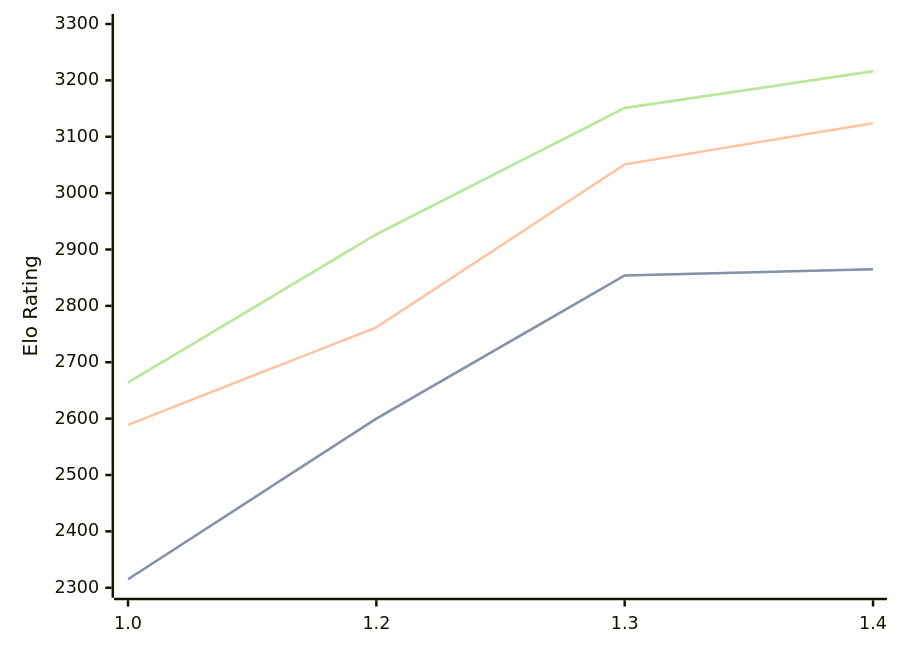
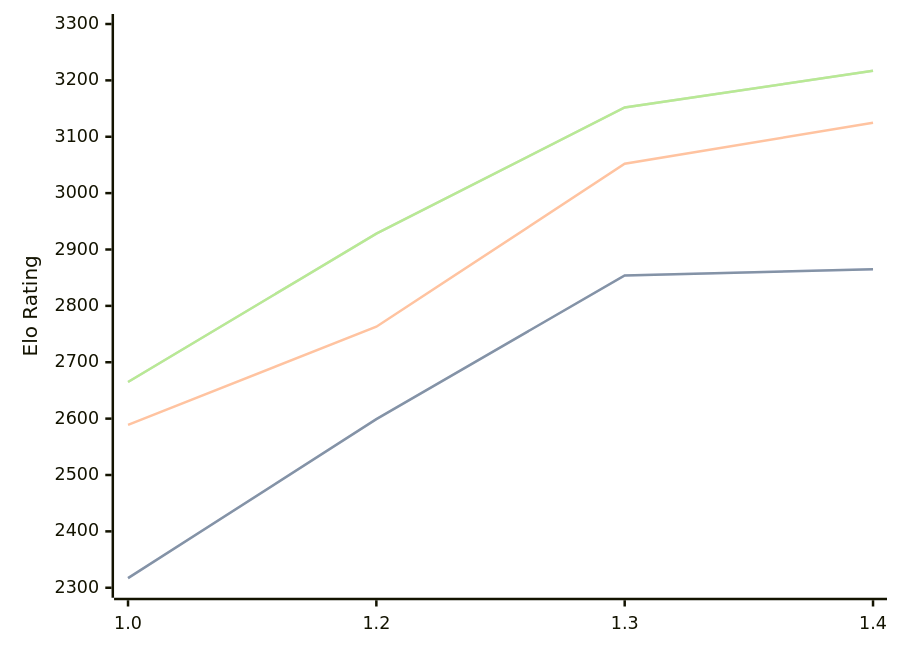
The third of 3 diagrams in engines/Chessnix.md (computer-chess-index/cci), drawn with Mermaid before and after one commit. The commit also changed other lines of this file, not shown here.

Commit message:
Update CCI Ratings (ELO VLTC) - 2026-06-22

````diff
--- a/engines/Chessnix.md
+++ b/engines/Chessnix.md
@@ -69,11 +69,11 @@
 ```mermaid
 %%{init: {"theme":"base","themeVariables":{"seriesColors:['#a3a3a3','#222221','#faa371']}}}%%
 xychart-beta
   x-axis ["1.0", "1.2", "1.3", "1.4"]
   y-axis "Elo Rating" 2300 --> 3300
-  line "STC (8.0+0.08s)" [2315, 2600, 2854, 2865]
-  line "STC (8.0+0.08s)" [2315, 2600, 2854, 2865]
-  line "LTC (60.0+0.60s)" [2589, 2762, 3051, 3124]
-  line "VLTC (2m24s+1.12s)" [2664, 2927, 3151, 3216]
-  line "VLTC (2m24s+1.12s)" [2664, 2927, 3151, 3216]
+  line "STC (8.0+0.08s)" [2317, 2599, 2854, 2865]
+  line "STC (8.0+0.08s)" [2317, 2599, 2854, 2865]
+  line "LTC (60.0+0.60s)" [2589, 2763, 3052, 3125]
+  line "VLTC (2m24s+1.12s)" [2665, 2928, 3152, 3217]
+  line "VLTC (2m24s+1.12s)" [2665, 2928, 3152, 3217]
 ```
````
